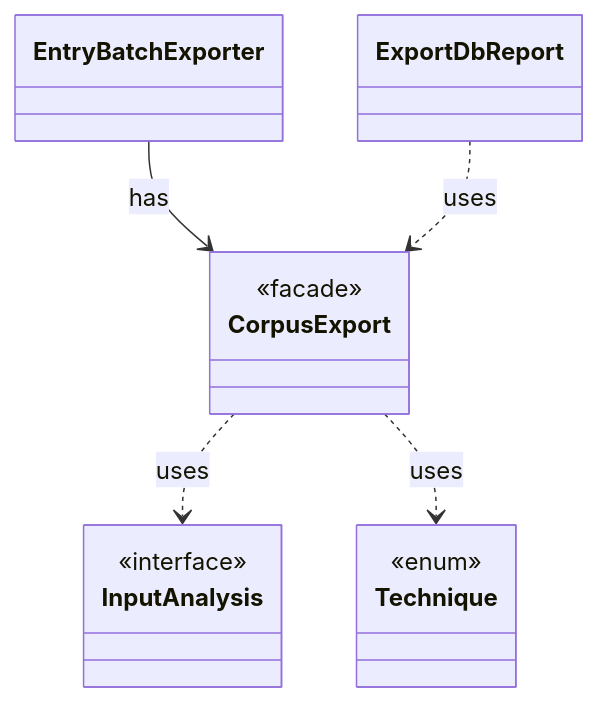
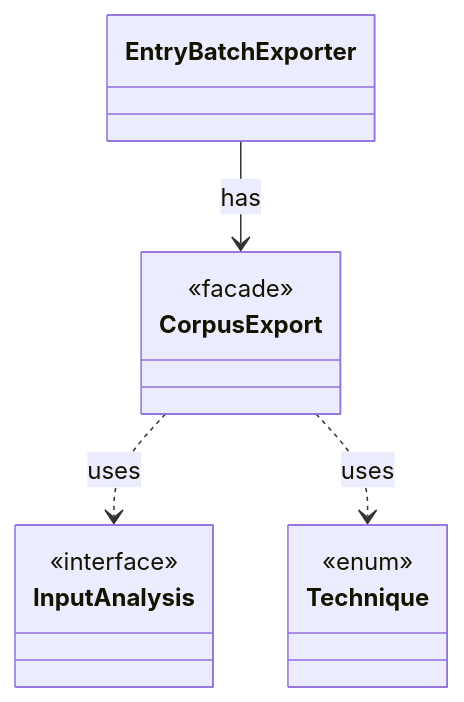
One commit to tlaplus/model-checker-hardening changed the diagram in dev/types/io.github.tlaplus.hardening.database.CorpusExport.md. Above: the diagram before and after it, drawn with Mermaid. The commit also changed other lines of this file and 408 other files, not shown here.

````diff
--- a/dev/types/io.github.tlaplus.hardening.database.CorpusExport.md
+++ b/dev/types/io.github.tlaplus.hardening.database.CorpusExport.md
@@ -9,18 +9,16 @@
 ```mermaid
 classDiagram
   class CorpusExport {
     <<facade>>
   }
   class EntryBatchExporter
   class InputAnalysis {
     <<interface>>
   }
   class Technique {
     <<enum>>
   }
-  class ExportDbReport
   EntryBatchExporter --> CorpusExport : has
   CorpusExport ..> InputAnalysis : uses
   CorpusExport ..> Technique : uses
-  ExportDbReport ..> CorpusExport : uses
 ```
````
